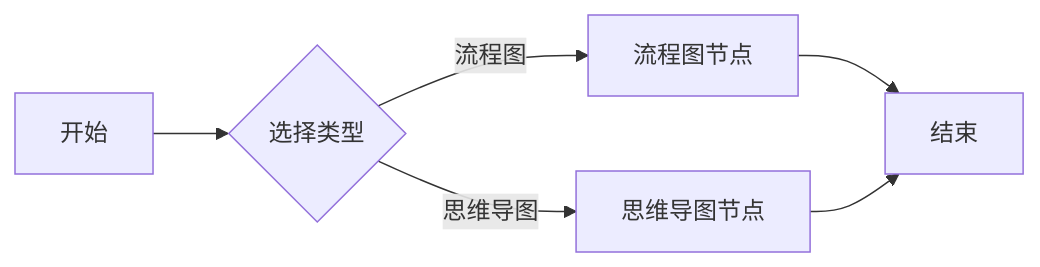
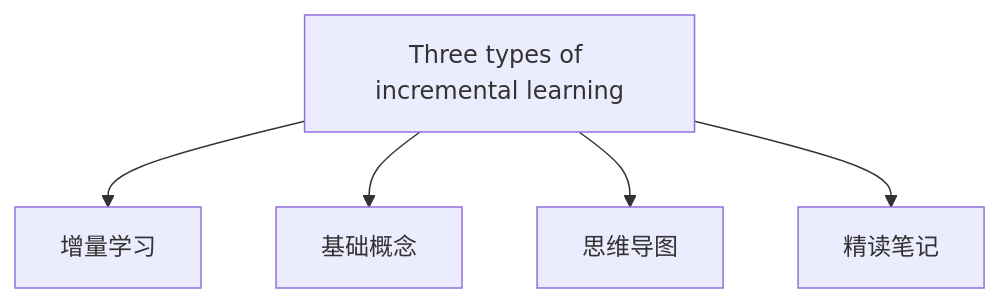
The first of 2 diagrams in Article Analysis/1. Three types of incremental learning.md (RenaissanceT/Continual_Learning_for_Time_Series_Survey_and_Evaluation), drawn with Mermaid before and after one commit. The commit also changed other lines of this file, not shown here.

Commit message:
Update 1. Three types of incremental learning.md

````diff
--- a/Article Analysis/1. Three types of incremental learning.md
+++ b/Article Analysis/1. Three types of incremental learning.md
@@ -5,8 +7,7 @@
 ```mermaid
-graph LR
-    A[开始] --> B{选择类型}
-    B -->|流程图| C[流程图节点]
-    B -->|思维导图| D[思维导图节点]
-    C --> E[结束]
-    D --> E[结束]
+graph TD
+    A[Three types of incremental learning] --> B[增量学习]
+    A --> C[基础概念]
+    A --> D[思维导图]
+    A --> E[精读笔记]
 ```
````
